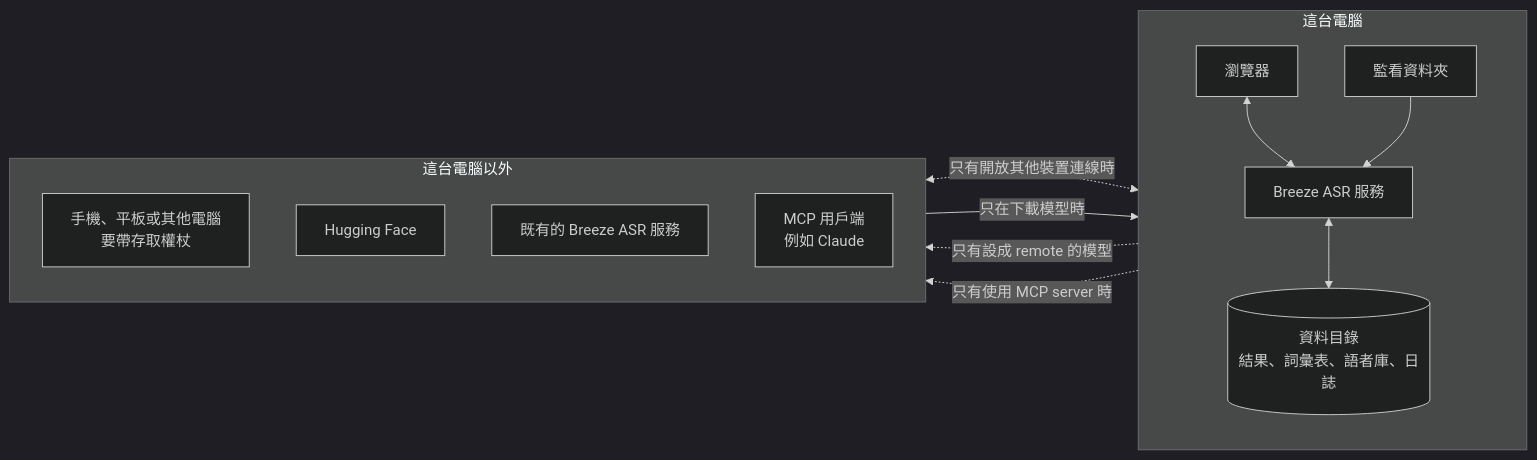
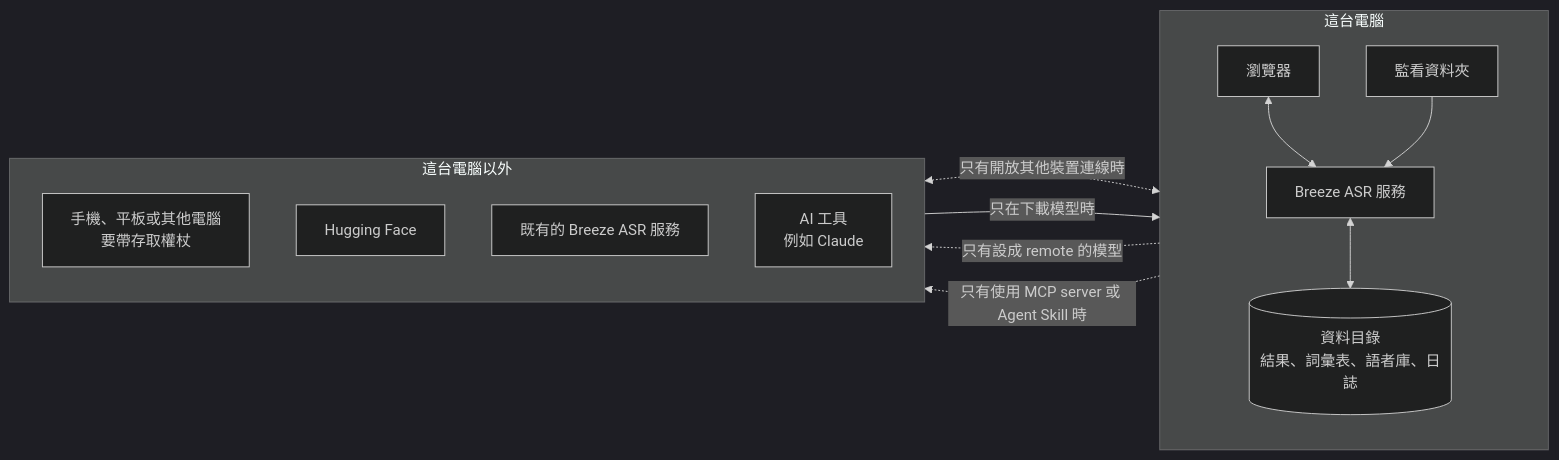
Before and after one commit to Scorpio-meow/Breeze-ASR: the diagram in PRIVACY.md, drawn with Mermaid (dark theme). The commit also changed other lines of this file and 57 other files, not shown here.

First line of the commit message:
feat: 發布 0.4.0，新增 Agent Skill 與命令列指令

````diff
--- a/PRIVACY.md
+++ b/PRIVACY.md
@@ -11,20 +11,20 @@
 ```mermaid
 flowchart LR
     subgraph local["這台電腦"]
         direction TB
         browser["瀏覽器"] <--> service["Breeze ASR 服務"]
         folder["監看資料夾"] --> service
         service <--> data[("資料目錄<br/>結果、詞彙表、語者庫、日誌")]
     end
     subgraph outside["這台電腦以外"]
         direction TB
         phone["手機、平板或其他電腦<br/>要帶存取權杖"]
         hf["Hugging Face"]
         remote["既有的 Breeze ASR 服務"]
-        mcp["MCP 用戶端<br/>例如 Claude"]
+        mcp["AI 工具<br/>例如 Claude"]
     end
     phone <-.->|只有開放其他裝置連線時| service
     hf -->|只在下載模型時| service
     service -.->|只有設成 remote 的模型| remote
-    service -.->|只有使用 MCP server 時| mcp
+    service -.->|只有使用 MCP server 或 Agent Skill 時| mcp
 ```
````
